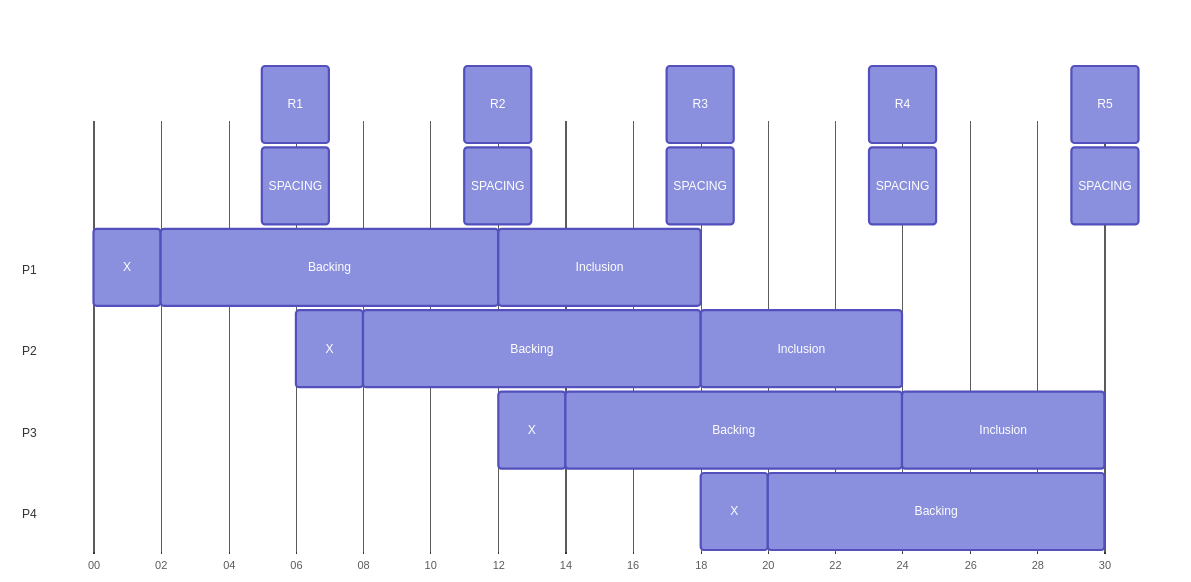
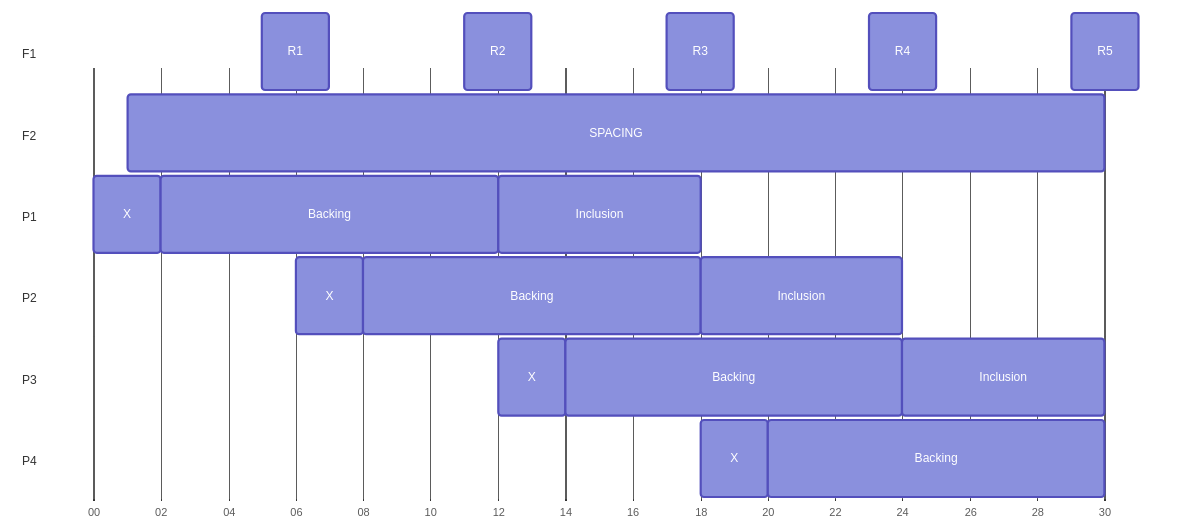
Before and after one commit to polkadot-developers/polkadot-docs: the second of 3 diagrams in reference/parachains/consensus/async-backing.md, drawn with Mermaid. The commit also changed other lines of this file and 3 other files, not shown here.

Commit message:
fixed typos pointed out by copilot and updated diagrams

````diff
--- a/reference/parachains/consensus/async-backing.md
+++ b/reference/parachains/consensus/async-backing.md
@@ -85,76 +85,74 @@
 ```mermaid
 ---
     displayMode: compact
     config:
         themeCSS: "
             #item1 { fill: #450693; stroke: #450693; } \n
             #item2 { fill: #8C00FF; stroke: #8C00FF; } \n
             #item3 { fill: #FFC400; stroke: #FFC400; } \n
             #r     { fill: #eb4172; stroke:none; font-size: 20px; } \n
             svg text { font-size: 20px !important; } \n
             svg .sectionTitle { font-size: 20px !important; } \n    #p1padTop { display: none; } \n
 
             /* Hide ALL task labels by default */
             text.taskText,
             text.taskTextOutside,
             [class*='taskText'] tspan { display: none !important; } \n
 
             /* Show labels for the 'r' group (inside or outside, incl. tspans) */
             text.taskText[id^='r'],
             text.taskTextOutside[id^='r'],
             text[id^='r'] tspan { display: inline !important; font-size: 20px; color: #000 !important; } \n
 
             /* Keep section titles styled */
             .sectionTitle { fill: #000 !important; font-weight: 700; font-size: 18px; } \n
 
             /* Hide the first two section titles (F1, F2). Change indexes if needed. */
             .sectionTitle:nth-of-type(1),
             .sectionTitle:nth-of-type(2) { display: none !important; } \n
 
             /* Also hide SPACING row labels on the left */
             text.taskTextOutside[id^='p1padTop'] { display: none !important; } \n
         "
         themeVariables:
             sectionBkgColor: '#fff'
         gantt:
             numberSectionStyles: 1
             barHeight: 70
             gridLineStartPadding: 100
 ---
 %%{init: {"gantt": {"barHeight": 70 }}}%%
 gantt
     dateFormat YYYY
     axisFormat %y
     tickInterval '10year'
 
+    section F1
     R1 : r, 1905, 1907
     R2 : r, 1911, 1913
     R3 : r, 1917, 1919
     R4 : r, 1923, 1925
     R5 : r, 1929, 1931
 
-    SPACING : p1padTop, 1905, 1907
-    SPACING : p1padTop, 1911, 1913
-    SPACING : p1padTop, 1917, 1919
-    SPACING : p1padTop, 1923, 1925
-    SPACING : p1padTop, 1929, 1931
+    section F2
+    SPACING : p1padTop, 1901, 1930
 
     section P1
     X         : item1, 1900, 1902
     Backing   : item2, 1902, 1912
     Inclusion : item3, 1912, 1918
 
     section P2
     X         : item1, 1906, 1908
     Backing   : item2, 1908, 1918
     Inclusion : item3, 1918, 1924
     
     section P3
     X         : item1, 1912, 1914
     Backing   : item2, 1914, 1924
     Inclusion : item3, 1924, 1930
 
     section P4
     X         : item1, 1918, 1920
     Backing   : item2, 1920, 1930
 ```
````
